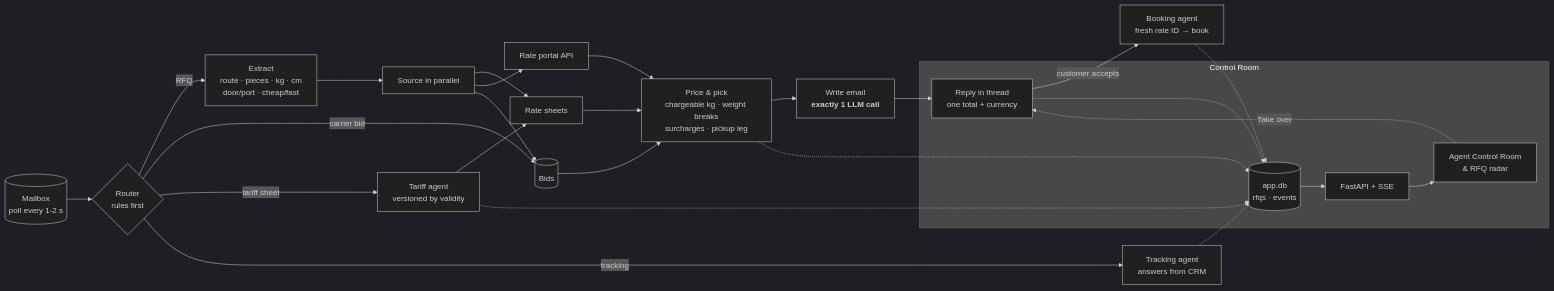
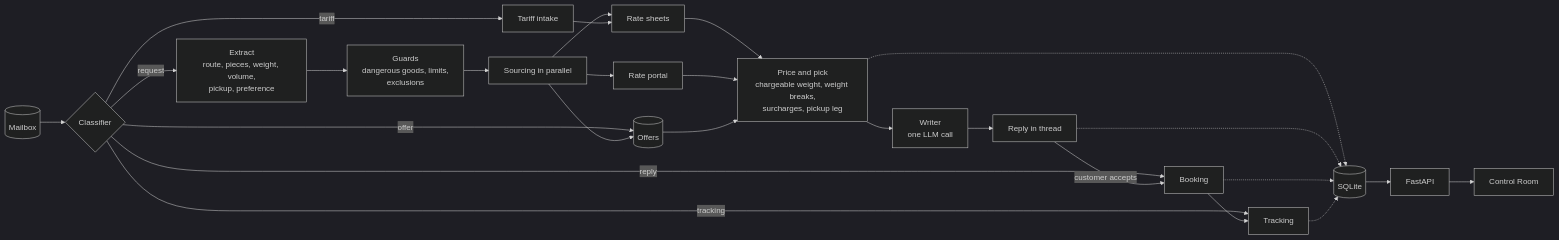
The diagram in README.md (Rishabh4691/AUTOPILOT-BY-WRATHOFCODE), drawn with Mermaid (dark theme) before and after one commit. The commit also changed other lines of this file and 2 other files, not shown here.

````diff
--- a/README.md
+++ b/README.md
@@ -23,25 +11,24 @@
 ```mermaid
 flowchart LR
-    MB[(Mailbox<br/>poll every 1-2 s)] --> R{Router<br/>rules first}
-    R -->|RFQ| X[Extract<br/>route · pieces · kg · cm<br/>door/port · cheap/fast]
-    R -->|carrier bid| BIDS[(Bids)]
-    R -->|tariff sheet| T[Tariff agent<br/>versioned by validity]
-    R -->|tracking| TR[Tracking agent<br/>answers from CRM]
+    MB[(Mailbox)] --> C{Classifier}
+    C -->|request| X[Extract<br/>route, pieces, weight, volume,<br/>pickup, preference]
+    C -->|offer| O[(Offers)]
+    C -->|tariff| T[Tariff intake]
+    C -->|reply| B[Booking]
+    C -->|tracking| TR[Tracking]
 
-    X --> S[Source in parallel]
+    X --> G[Guards<br/>dangerous goods, limits,<br/>exclusions]
+    G --> S[Sourcing in parallel]
     S --> SH[Rate sheets]
-    S --> PO[Rate portal API]
-    S --> BIDS
+    S --> PO[Rate portal]
+    S --> O
     T --> SH
+    SH & PO & O --> P[Price and pick<br/>chargeable weight, weight breaks,<br/>surcharges, pickup leg]
+    P --> W[Writer<br/>one LLM call]
+    W --> Q[Reply in thread]
+    Q -->|customer accepts| B
+    B --> TR
 
-    SH & PO & BIDS --> P[Price & pick<br/>chargeable kg · weight breaks<br/>surcharges · pickup leg]
-    P --> W[Write email<br/><b>exactly 1 LLM call</b>]
-    W --> Q[Reply in thread<br/>one total + currency]
-    Q -->|customer accepts| B[Booking agent<br/>fresh rate ID → book]
-
-    subgraph Control Room
-      DB[(app.db<br/>rfqs · events)] --> API[FastAPI + SSE] --> UI[Agent Control Room<br/>& RFQ radar]
-      UI -. Take over .-> Q
-    end
-    P & Q & B & TR & T -.-> DB
+    P & Q & B & TR -.-> DB[(SQLite)]
+    DB --> API[FastAPI] --> UI[Control Room]
 ```
````
